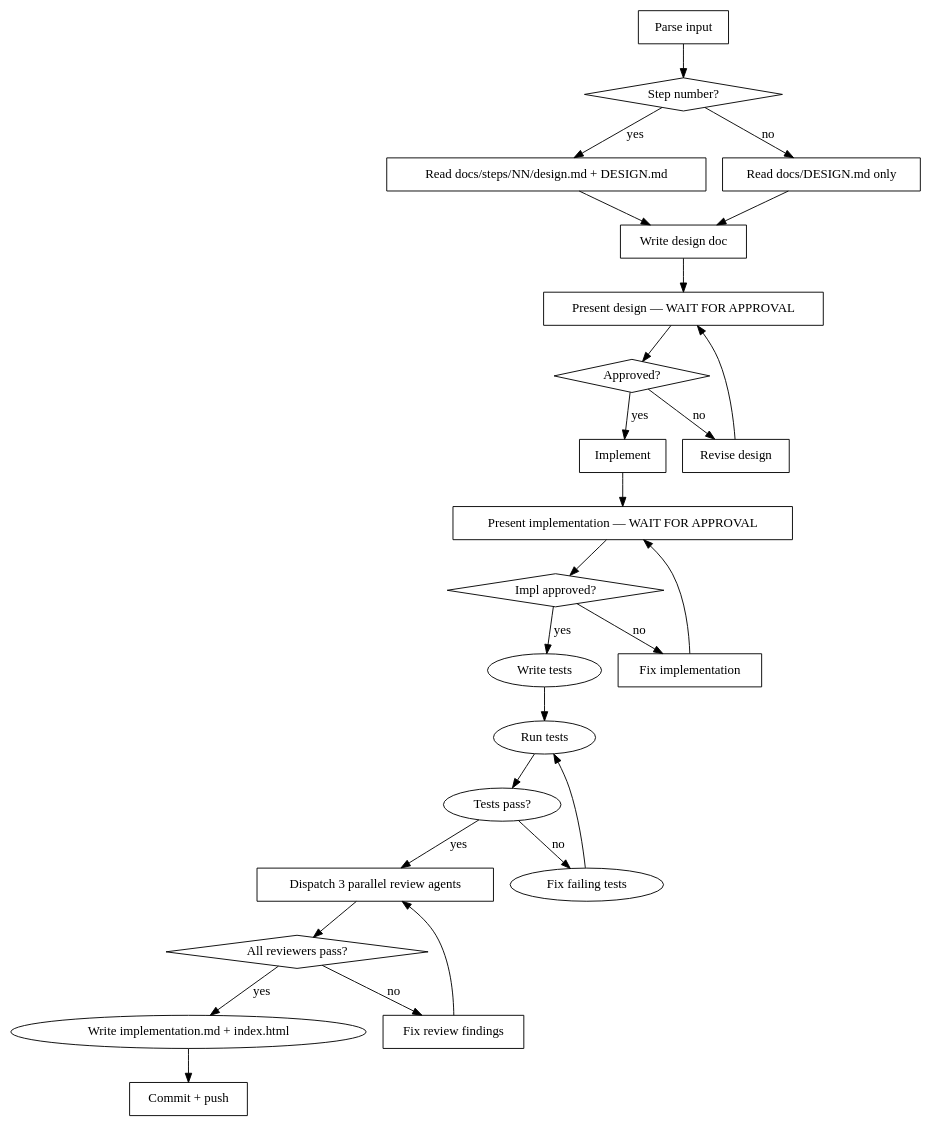
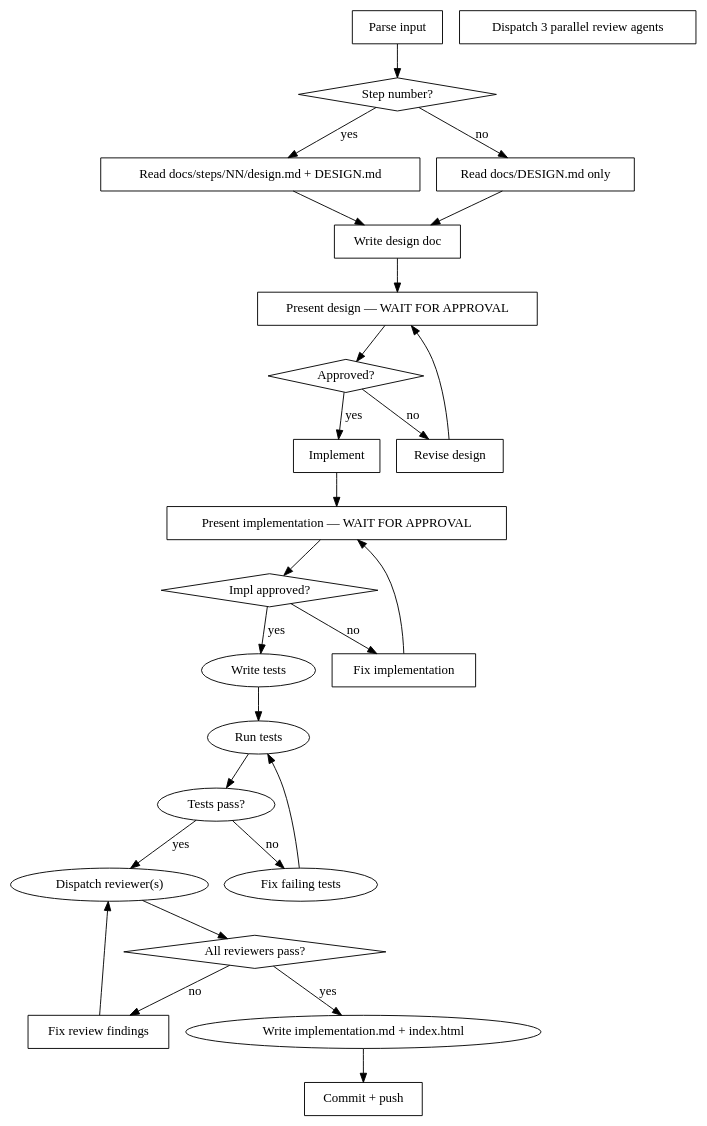
The diagram in .claude/skills/code-gen/SKILL.md (royscho/playground-rn), drawn with Graphviz before and after one commit. The commit also changed other lines of this file, not shown here.

Commit message:
chore(dx): default to 1 reviewer in code-gen skill to save tokens

````diff
--- a/.claude/skills/code-gen/SKILL.md
+++ b/.claude/skills/code-gen/SKILL.md
@@ -17,46 +19,46 @@
 ```dot
 digraph code_gen {
   "Parse input" [shape=box];
   "Step number?" [shape=diamond];
   "Read docs/steps/NN/design.md + DESIGN.md" [shape=box];
   "Read docs/DESIGN.md only" [shape=box];
   "Write design doc" [shape=box];
   "Present design — WAIT FOR APPROVAL" [shape=box];
   "Approved?" [shape=diamond];
   "Revise design" [shape=box];
   "Implement" [shape=box];
   "Present implementation — WAIT FOR APPROVAL" [shape=box];
   "Impl approved?" [shape=diamond];
   "Fix implementation" [shape=box];
   "Dispatch 3 parallel review agents" [shape=box];
   "All reviewers pass?" [shape=diamond];
   "Fix review findings" [shape=box];
   "Commit + push" [shape=box];
 
   "Parse input" -> "Step number?";
   "Step number?" -> "Read docs/steps/NN/design.md + DESIGN.md" [label="yes"];
   "Step number?" -> "Read docs/DESIGN.md only" [label="no"];
   "Read docs/steps/NN/design.md + DESIGN.md" -> "Write design doc";
   "Read docs/DESIGN.md only" -> "Write design doc";
   "Write design doc" -> "Present design — WAIT FOR APPROVAL";
   "Present design — WAIT FOR APPROVAL" -> "Approved?";
   "Approved?" -> "Revise design" [label="no"];
   "Revise design" -> "Present design — WAIT FOR APPROVAL";
   "Approved?" -> "Implement" [label="yes"];
   "Implement" -> "Present implementation — WAIT FOR APPROVAL";
   "Present implementation — WAIT FOR APPROVAL" -> "Impl approved?";
   "Impl approved?" -> "Fix implementation" [label="no"];
   "Fix implementation" -> "Present implementation — WAIT FOR APPROVAL";
   "Impl approved?" -> "Write tests" [label="yes"];
   "Write tests" -> "Run tests";
   "Run tests" -> "Tests pass?" ;
   "Tests pass?" -> "Fix failing tests" [label="no"];
   "Fix failing tests" -> "Run tests";
-  "Tests pass?" -> "Dispatch 3 parallel review agents" [label="yes"];
-  "Dispatch 3 parallel review agents" -> "All reviewers pass?";
+  "Tests pass?" -> "Dispatch reviewer(s)" [label="yes"];
+  "Dispatch reviewer(s)" -> "All reviewers pass?";
   "All reviewers pass?" -> "Fix review findings" [label="no"];
-  "Fix review findings" -> "Dispatch 3 parallel review agents";
+  "Fix review findings" -> "Dispatch reviewer(s)";
   "All reviewers pass?" -> "Write implementation.md + index.html" [label="yes"];
   "Write implementation.md + index.html" -> "Commit + push";
 }
 ```
````
